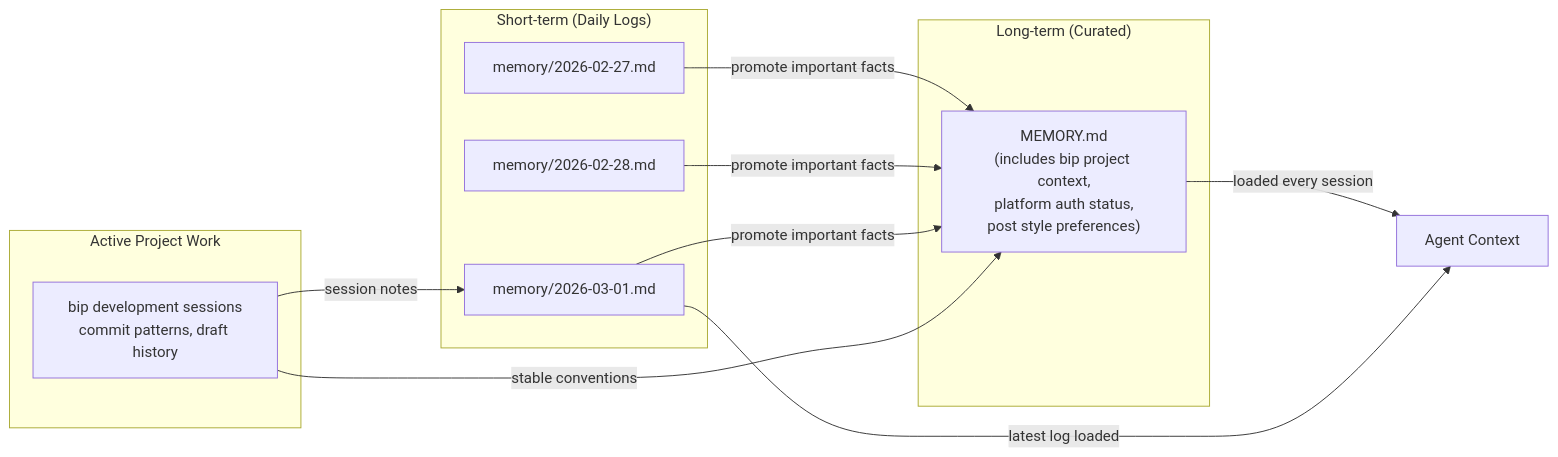
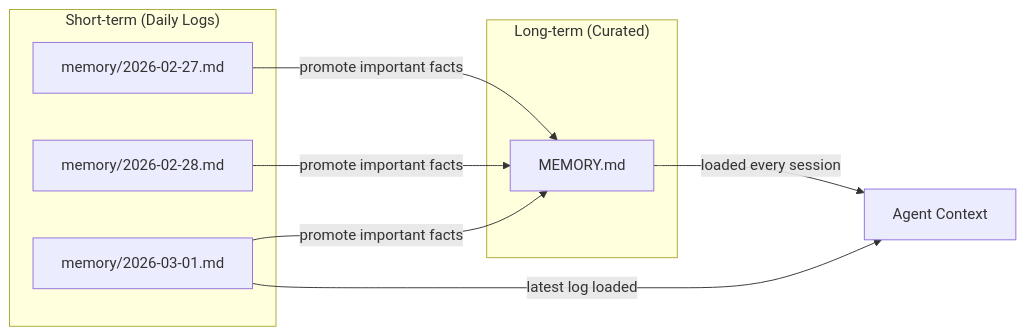
The third of 11 diagrams in _posts/2026-02-27-self-evolving-ai-assistant.md (cynthialmy/cynthialmy.github.io), drawn with Mermaid before and after one commit. The commit also changed other lines of this file, not shown here.

Commit message:
updated post about bip

````diff
--- a/_posts/2026-02-27-self-evolving-ai-assistant.md
+++ b/_posts/2026-02-27-self-evolving-ai-assistant.md
@@ -241,25 +230,19 @@
 ```mermaid
 flowchart LR
     subgraph ShortTerm ["Short-term (Daily Logs)"]
         D1["memory/2026-02-27.md"]
         D2["memory/2026-02-28.md"]
         D3["memory/2026-03-01.md"]
     end
 
-    subgraph Projects ["Active Project Work"]
-        BIP["bip development sessions<br/>commit patterns, draft history"]
-    end
-
     subgraph LongTerm ["Long-term (Curated)"]
-        Mem["MEMORY.md<br/>(includes bip project context,<br/>platform auth status,<br/>post style preferences)"]
+        Mem["MEMORY.md"]
     end
 
     D1 -->|"promote important facts"| Mem
     D2 -->|"promote important facts"| Mem
     D3 -->|"promote important facts"| Mem
-    BIP -->|"session notes"| D3
-    BIP -->|"stable conventions"| Mem
 
     Mem -->|"loaded every session"| Agent["Agent Context"]
     D3 -->|"latest log loaded"| Agent
 ```
````
